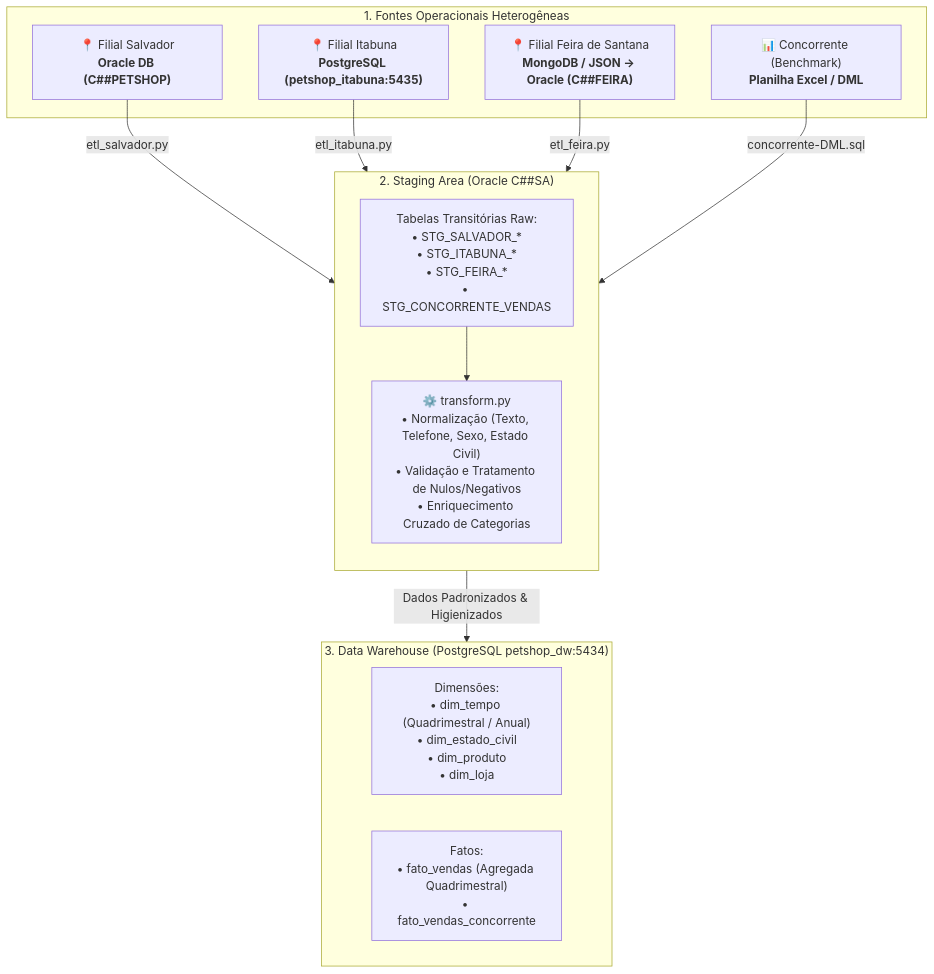
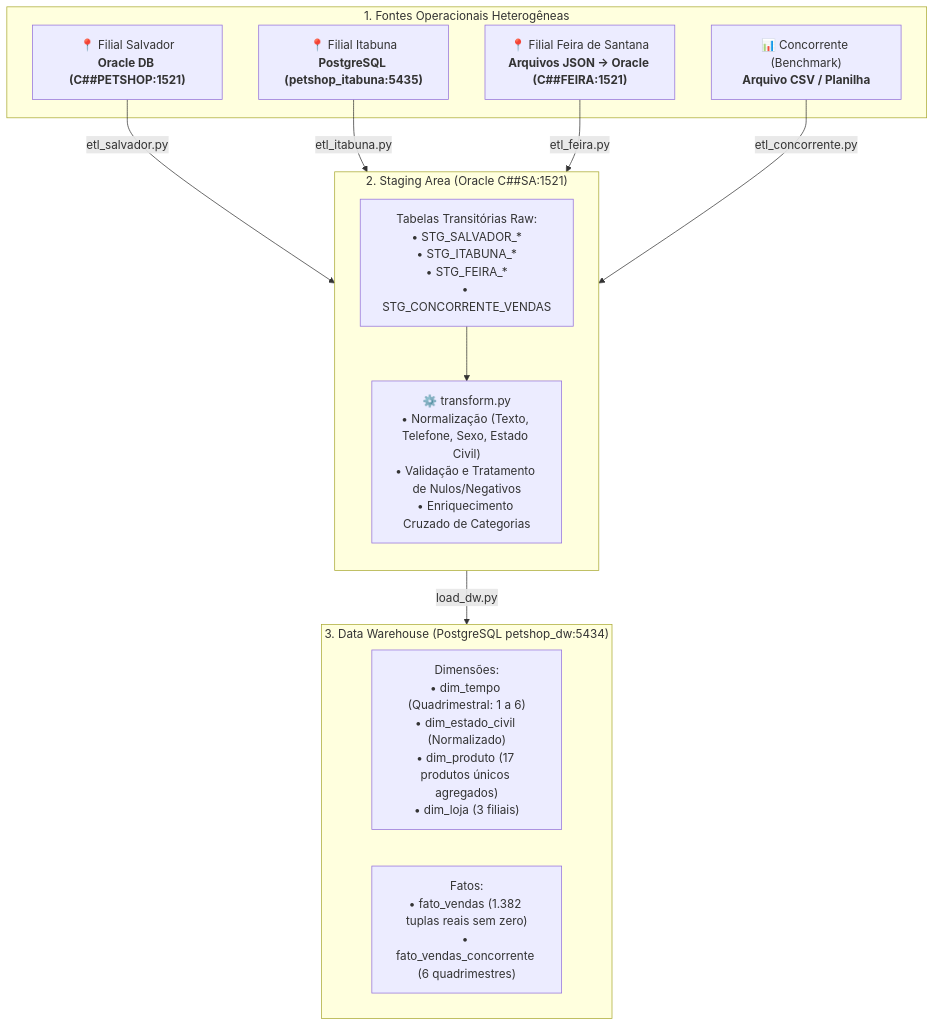
Before and after one commit to yanchagas04/mineracao-de-dados-U1: the diagram in README.md, drawn with Mermaid. The commit also changed other lines of this file and 14 other files, not shown here.

````diff
--- a/README.md
+++ b/README.md
@@ -25,28 +26,28 @@
 ```mermaid
 flowchart TD
     subgraph SOURCELAYER ["1. Fontes Operacionais Heterogêneas"]
-        S1["📍 Filial Salvador<br><b>Oracle DB (C##PETSHOP)</b>"]
+        S1["📍 Filial Salvador<br><b>Oracle DB (C##PETSHOP:1521)</b>"]
         S2["📍 Filial Itabuna<br><b>PostgreSQL (petshop_itabuna:5435)</b>"]
-        S3["📍 Filial Feira de Santana<br><b>MongoDB / JSON -> Oracle (C##FEIRA)</b>"]
-        S4["📊 Concorrente (Benchmark)<br><b>Planilha Excel / DML</b>"]
+        S3["📍 Filial Feira de Santana<br><b>Arquivos JSON -> Oracle (C##FEIRA:1521)</b>"]
+        S4["📊 Concorrente (Benchmark)<br><b>Arquivo CSV / Planilha</b>"]
     end
 
-    subgraph STAGING ["2. Staging Area (Oracle C##SA)"]
+    subgraph STAGING ["2. Staging Area (Oracle C##SA:1521)"]
         direction TB
         STG_TAB["Tabelas Transitórias Raw:<br>• STG_SALVADOR_*<br>• STG_ITABUNA_*<br>• STG_FEIRA_*<br>• STG_CONCORRENTE_VENDAS"]
         TRANSFORM["⚙️ transform.py<br>• Normalização (Texto, Telefone, Sexo, Estado Civil)<br>• Validação e Tratamento de Nulos/Negativos<br>• Enriquecimento Cruzado de Categorias"]
     end
 
     subgraph DW ["3. Data Warehouse (PostgreSQL petshop_dw:5434)"]
-        DIM["Dimensões:<br>• dim_tempo (Quadrimestral / Anual)<br>• dim_estado_civil<br>• dim_produto<br>• dim_loja"]
-        FATO["Fatos:<br>• fato_vendas (Agregada Quadrimestral)<br>• fato_vendas_concorrente"]
+        DIM["Dimensões:<br>• dim_tempo (Quadrimestral: 1 a 6)<br>• dim_estado_civil (Normalizado)<br>• dim_produto (17 produtos únicos agregados)<br>• dim_loja (3 filiais)"]
+        FATO["Fatos:<br>• fato_vendas (1.382 tuplas reais sem zero)<br>• fato_vendas_concorrente (6 quadrimestres)"]
     end
 
     S1 -->|etl_salvador.py| STG_TAB
     S2 -->|etl_itabuna.py| STG_TAB
     S3 -->|etl_feira.py| STG_TAB
-    S4 -->|concorrente-DML.sql| STG_TAB
+    S4 -->|etl_concorrente.py| STG_TAB
 
     STG_TAB --> TRANSFORM
-    TRANSFORM -->|Dados Padronizados & Higienizados| DW
+    TRANSFORM -->|load_dw.py| DW
 ```
````
